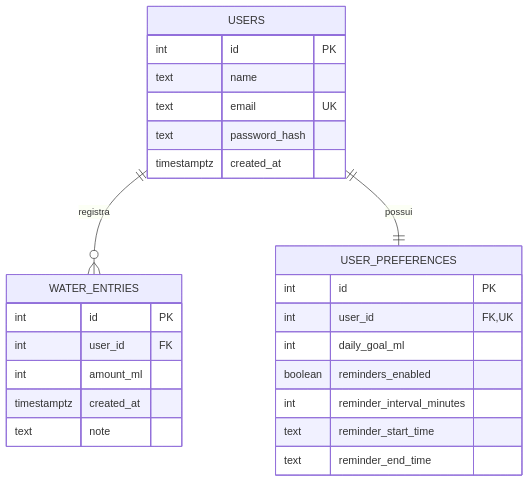
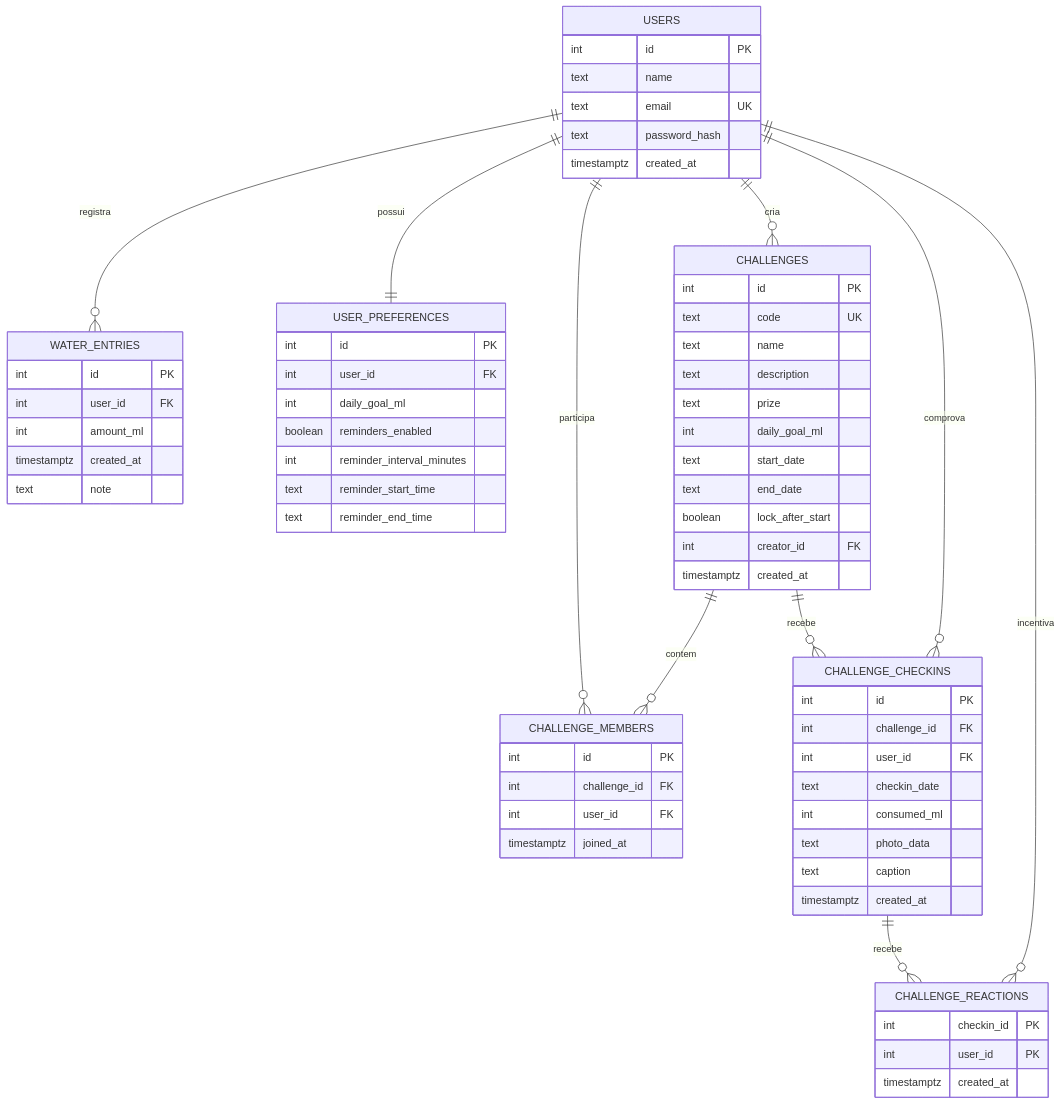
One commit to Cyberr01/drink-to-you changed the diagram in README.md. Above: the diagram before and after it, drawn with Mermaid. The commit also changed other lines of this file and 4 other files, not shown here.

````diff
--- a/README.md
+++ b/README.md
@@ -98,29 +100,70 @@
 ```mermaid
 erDiagram
     USERS ||--o{ WATER_ENTRIES : registra
     USERS ||--|| USER_PREFERENCES : possui
+    USERS ||--o{ CHALLENGES : cria
+    USERS ||--o{ CHALLENGE_MEMBERS : participa
+    CHALLENGES ||--o{ CHALLENGE_MEMBERS : contem
+    CHALLENGES ||--o{ CHALLENGE_CHECKINS : recebe
+    USERS ||--o{ CHALLENGE_CHECKINS : comprova
+    CHALLENGE_CHECKINS ||--o{ CHALLENGE_REACTIONS : recebe
+    USERS ||--o{ CHALLENGE_REACTIONS : incentiva
 
     USERS {
         int id PK
         text name
         text email UK
         text password_hash
         timestamptz created_at
     }
     WATER_ENTRIES {
         int id PK
         int user_id FK
         int amount_ml
         timestamptz created_at
         text note
     }
     USER_PREFERENCES {
         int id PK
-        int user_id FK, UK
+        int user_id FK
         int daily_goal_ml
         boolean reminders_enabled
         int reminder_interval_minutes
         text reminder_start_time
         text reminder_end_time
     }
+    CHALLENGES {
+        int id PK
+        text code UK
+        text name
+        text description
+        text prize
+        int daily_goal_ml
+        text start_date
+        text end_date
+        boolean lock_after_start
+        int creator_id FK
+        timestamptz created_at
+    }
+    CHALLENGE_MEMBERS {
+        int id PK
+        int challenge_id FK
+        int user_id FK
+        timestamptz joined_at
+    }
+    CHALLENGE_CHECKINS {
+        int id PK
+        int challenge_id FK
+        int user_id FK
+        text checkin_date
+        int consumed_ml
+        text photo_data
+        text caption
+        timestamptz created_at
+    }
+    CHALLENGE_REACTIONS {
+        int checkin_id PK
+        int user_id PK
+        timestamptz created_at
+    }
 ```
````
